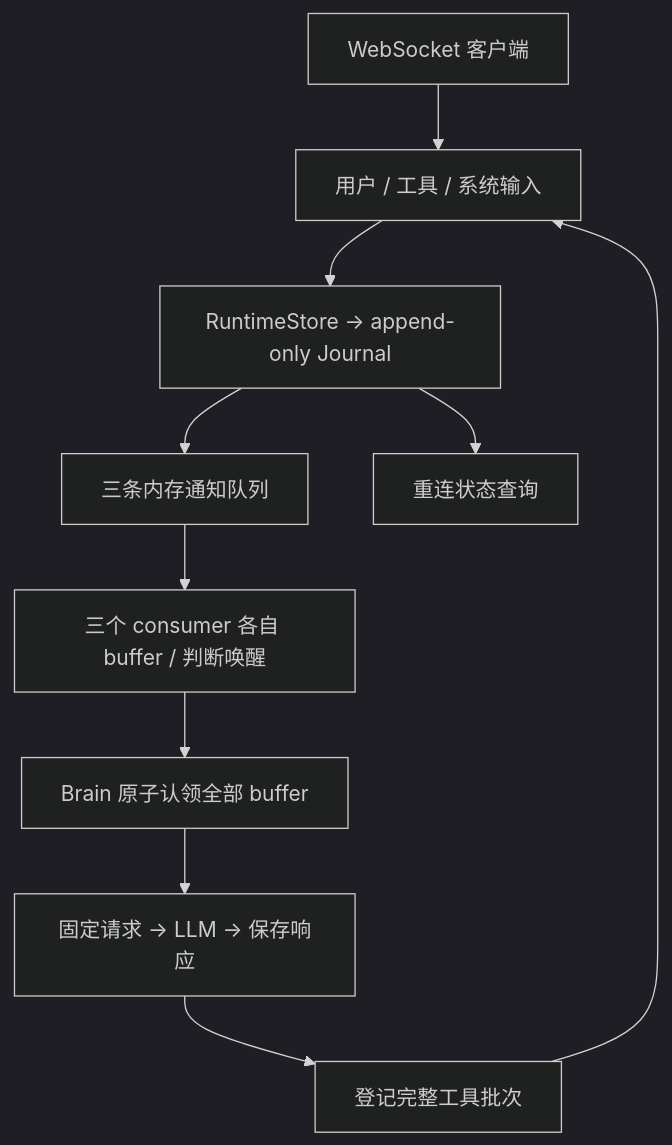
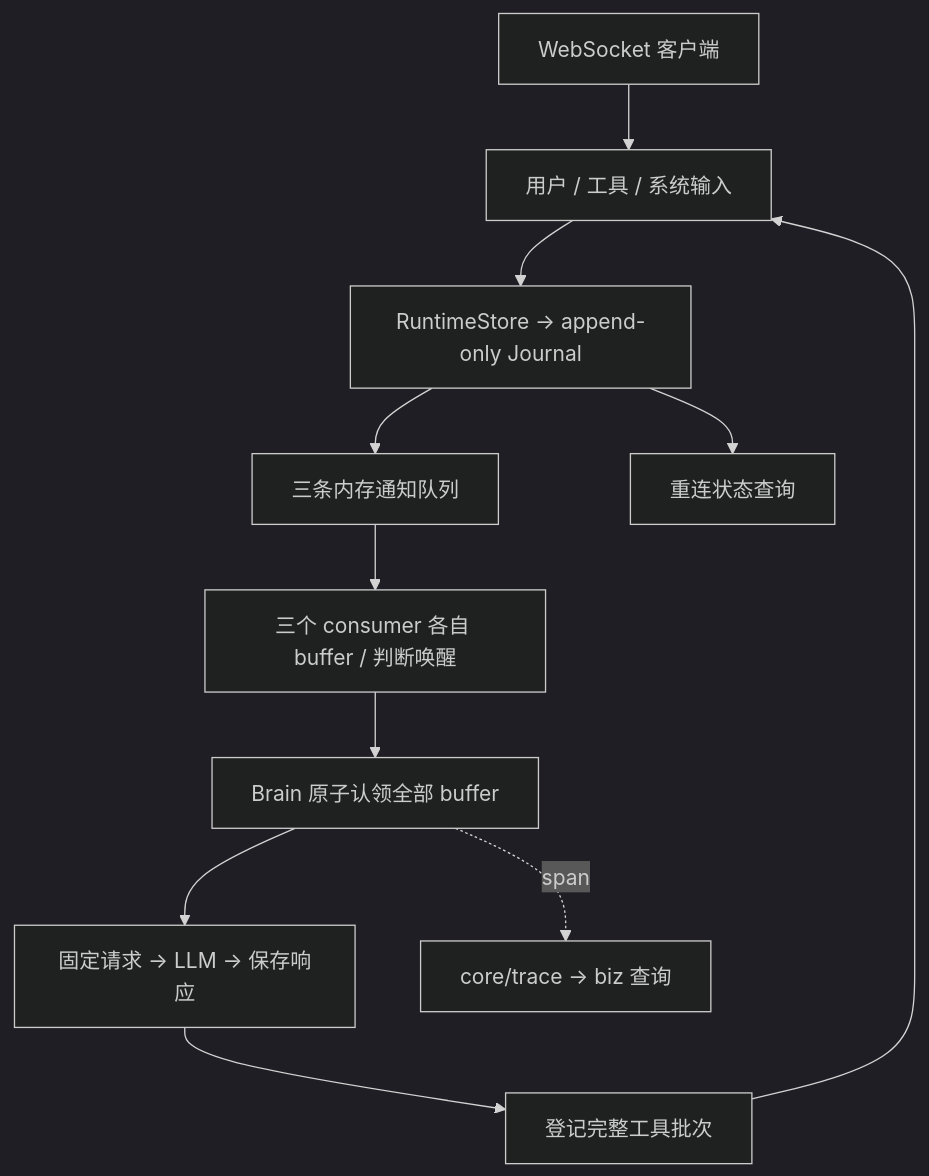
Before and after one commit to HymioSpace/Oath: the diagram in spec/overview.md, drawn with Mermaid (dark theme). The commit also changed other lines of this file and 29 other files, not shown here.

First line of the commit message:
feat(trace): 记录 ReAct 循环的 span，抽出 biz 操作与查询层

````diff
--- a/spec/overview.md
+++ b/spec/overview.md
@@ -13,12 +13,13 @@
 ```mermaid
 flowchart TD
     Inputs[用户 / 工具 / 系统输入] --> Store[RuntimeStore → append-only Journal]
     Store --> Queues[三条内存通知队列]
     Queues --> Consumers[三个 consumer 各自 buffer / 判断唤醒]
     Consumers --> Brain[Brain 原子认领全部 buffer]
     Brain --> Request[固定请求 → LLM → 保存响应]
     Request --> Tools[登记完整工具批次]
     Tools --> Inputs
     UI[WebSocket 客户端] --> Inputs
     Store --> Status[重连状态查询]
+    Brain -.->|span| Trace[core/trace → biz 查询]
 ```
````
